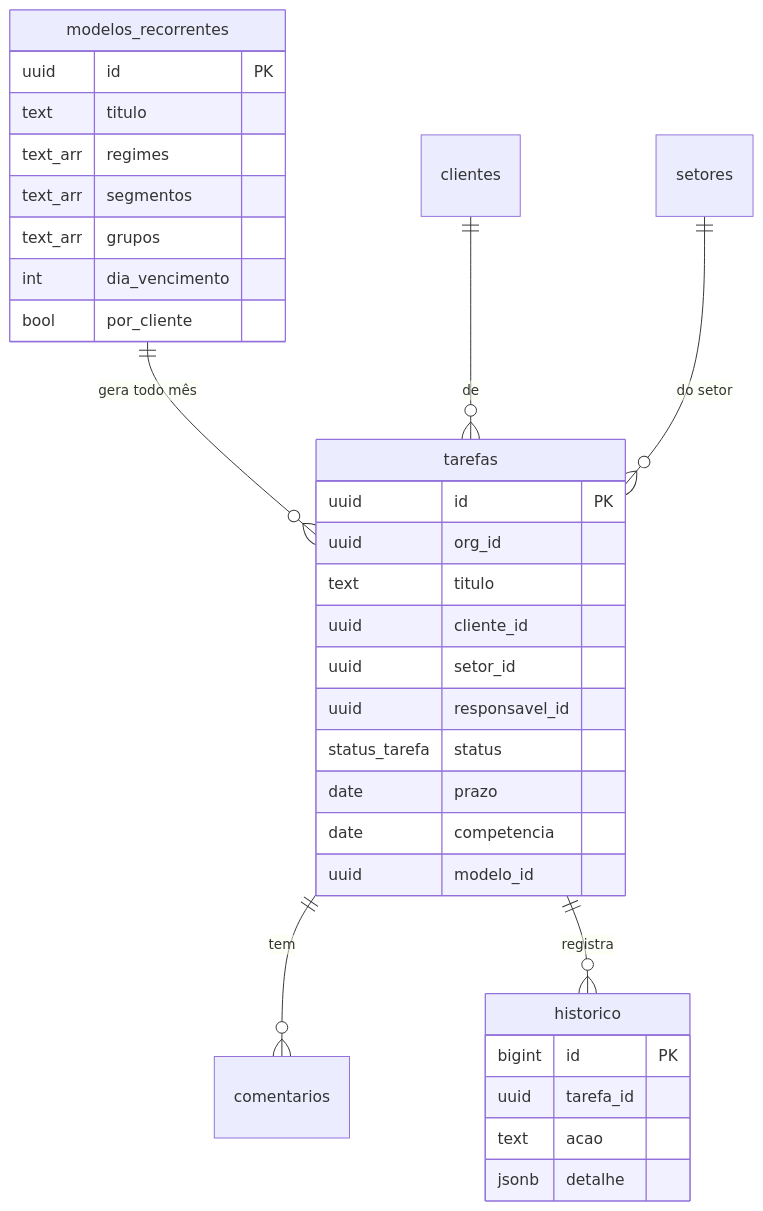
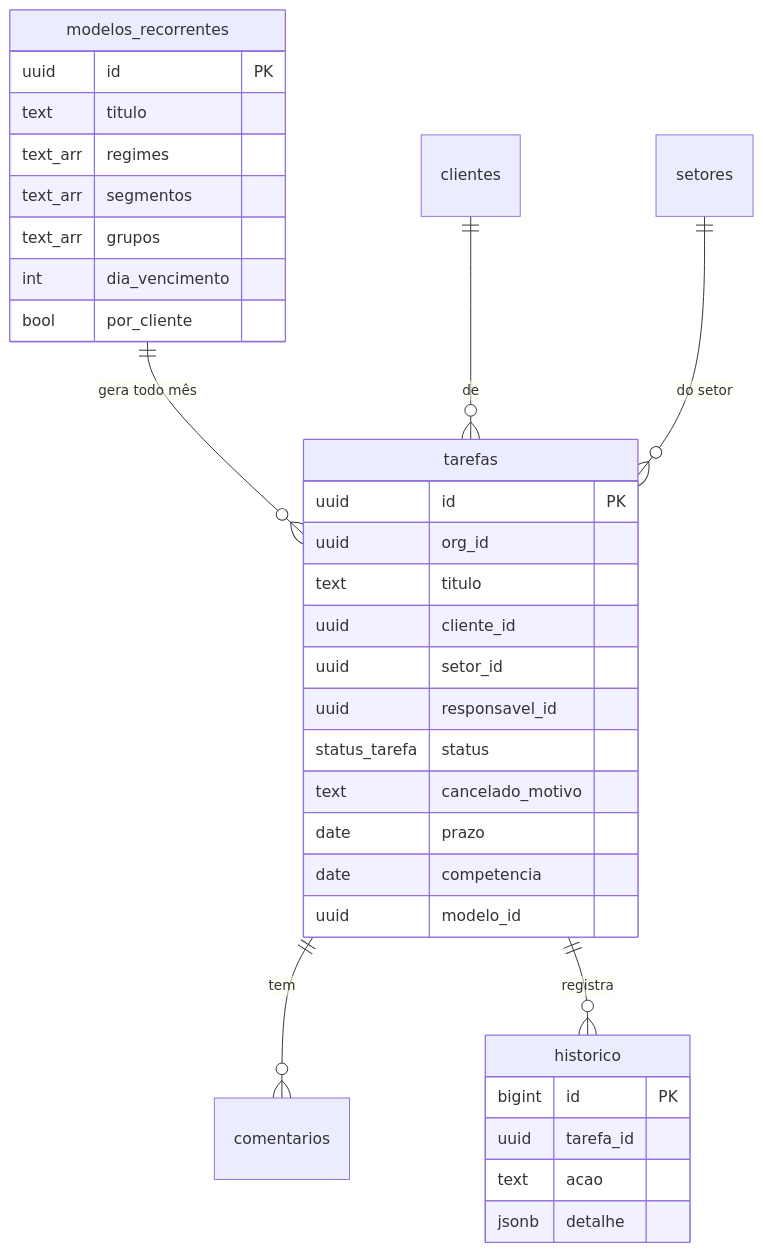
One commit to MdcAssessoria/mdc-tarefas changed the second of 4 diagrams in docs/04-banco-de-dados.md. Above: the diagram before and after it, drawn with Mermaid. The commit also changed other lines of this file and 26 other files, not shown here.

````diff
--- a/docs/04-banco-de-dados.md
+++ b/docs/04-banco-de-dados.md
@@ -103,36 +105,37 @@
 ```mermaid
 erDiagram
     modelos_recorrentes ||--o{ tarefas : "gera todo mês"
     clientes ||--o{ tarefas : "de"
     setores ||--o{ tarefas : "do setor"
     tarefas ||--o{ comentarios : "tem"
     tarefas ||--o{ historico : "registra"
 
     modelos_recorrentes {
         uuid id PK
         text titulo
         text_arr regimes
         text_arr segmentos
         text_arr grupos
         int dia_vencimento
         bool por_cliente
     }
     tarefas {
         uuid id PK
         uuid org_id
         text titulo
         uuid cliente_id
         uuid setor_id
         uuid responsavel_id
         status_tarefa status
+        text cancelado_motivo
         date prazo
         date competencia
         uuid modelo_id
     }
     historico {
         bigint id PK
         uuid tarefa_id
         text acao
         jsonb detalhe
     }
 ```
````
